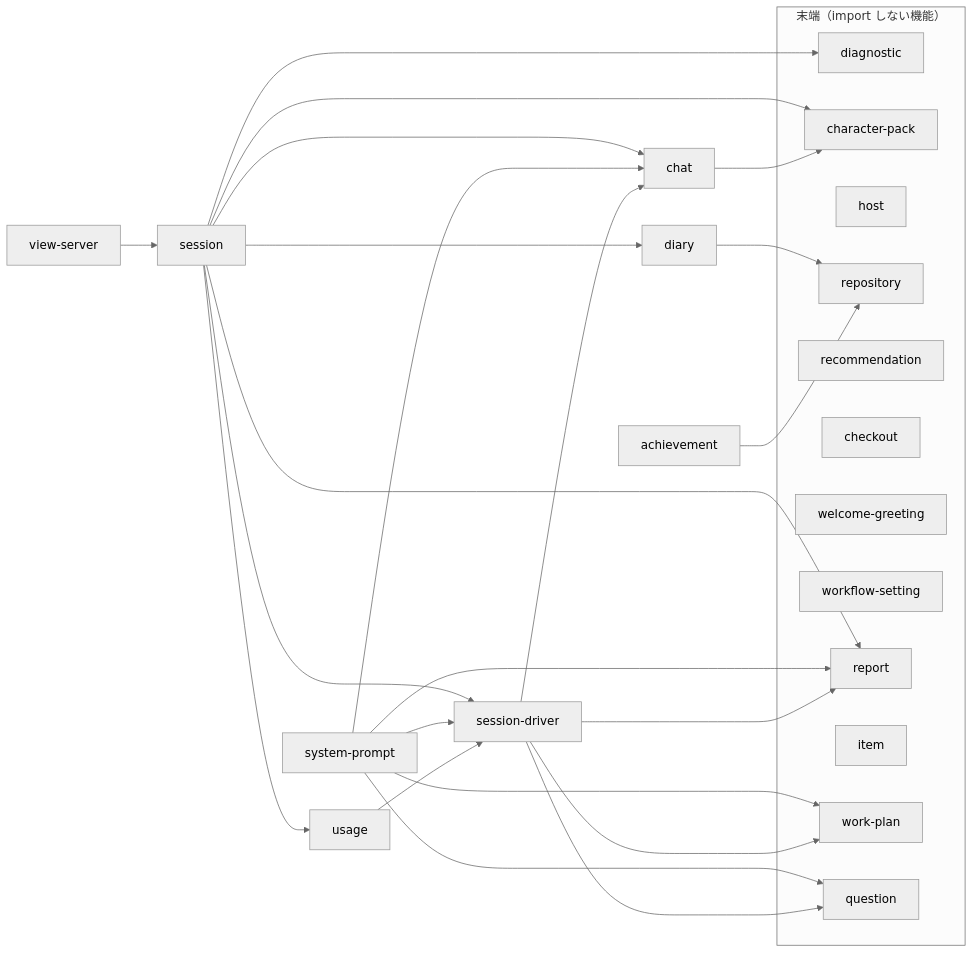
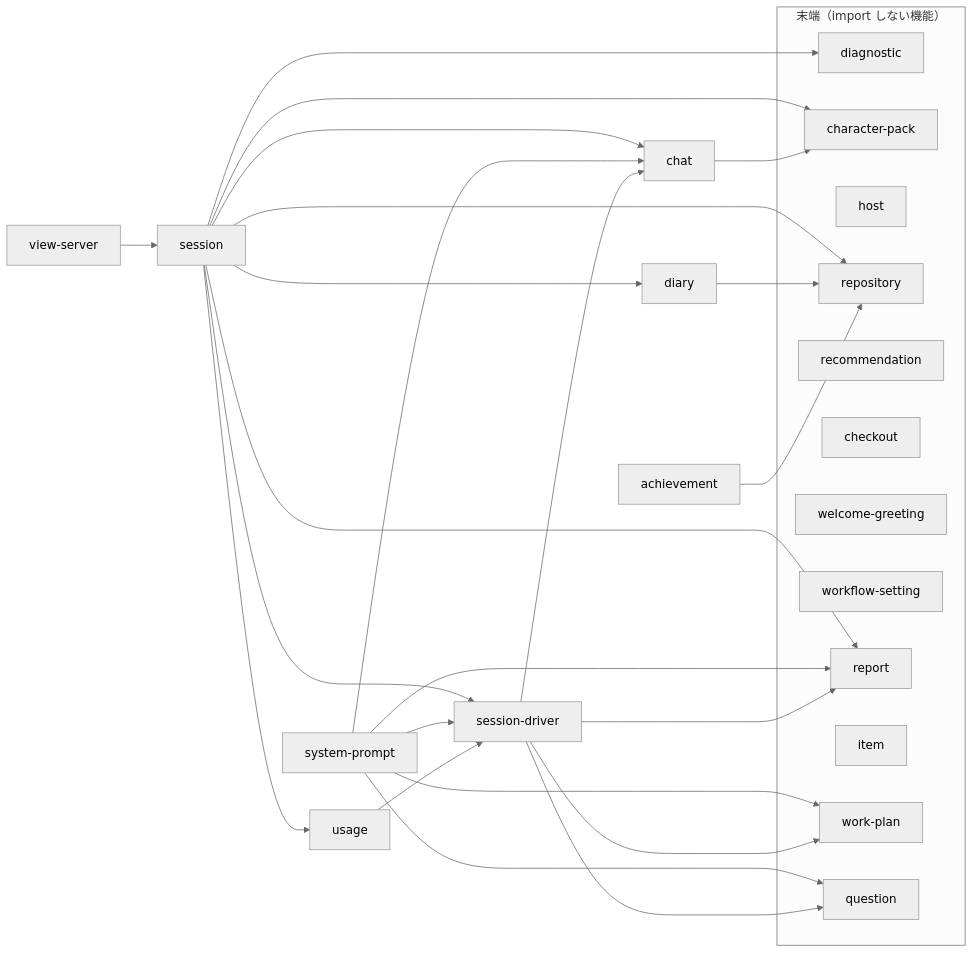
Before and after one commit to sinnlosses/tsukumo: the fourth of 4 diagrams in docs/guide/overview.md, drawn with Mermaid (neutral theme). The commit also changed 14 other files, not shown here.

Commit message:
GH-2184: repository の口の型（change-count-git・check-record-source）を server/core/ から repository/core/ へ移し、session に repository の許可を足した

````diff
--- a/docs/guide/overview.md
+++ b/docs/guide/overview.md
@@ -116,46 +116,47 @@
 ```mermaid
 flowchart LR
   session["session"]
   system_prompt["system-prompt"]
   view_server["view-server"]
   chat["chat"]
   usage["usage"]
   session_driver["session-driver"]
   diary["diary"]
   achievement["achievement"]
   subgraph leaves["末端（import しない機能）"]
     diagnostic["diagnostic"]
     character_pack["character-pack"]
     host["host"]
     repository["repository"]
     recommendation["recommendation"]
     checkout["checkout"]
     welcome_greeting["welcome-greeting"]
     workflow_setting["workflow-setting"]
     report["report"]
     item["item"]
     work_plan["work-plan"]
     question["question"]
   end
   session --> session_driver
   session --> chat
   session --> diary
   session --> usage
   session --> diagnostic
   session --> character_pack
   session --> report
+  session --> repository
   system_prompt --> session_driver
   system_prompt --> chat
   system_prompt --> report
   system_prompt --> work_plan
   system_prompt --> question
   view_server --> session
   chat --> character_pack
   usage --> session_driver
   session_driver --> report
   session_driver --> chat
   session_driver --> work_plan
   session_driver --> question
   diary --> repository
   achievement --> repository
 ```
````
